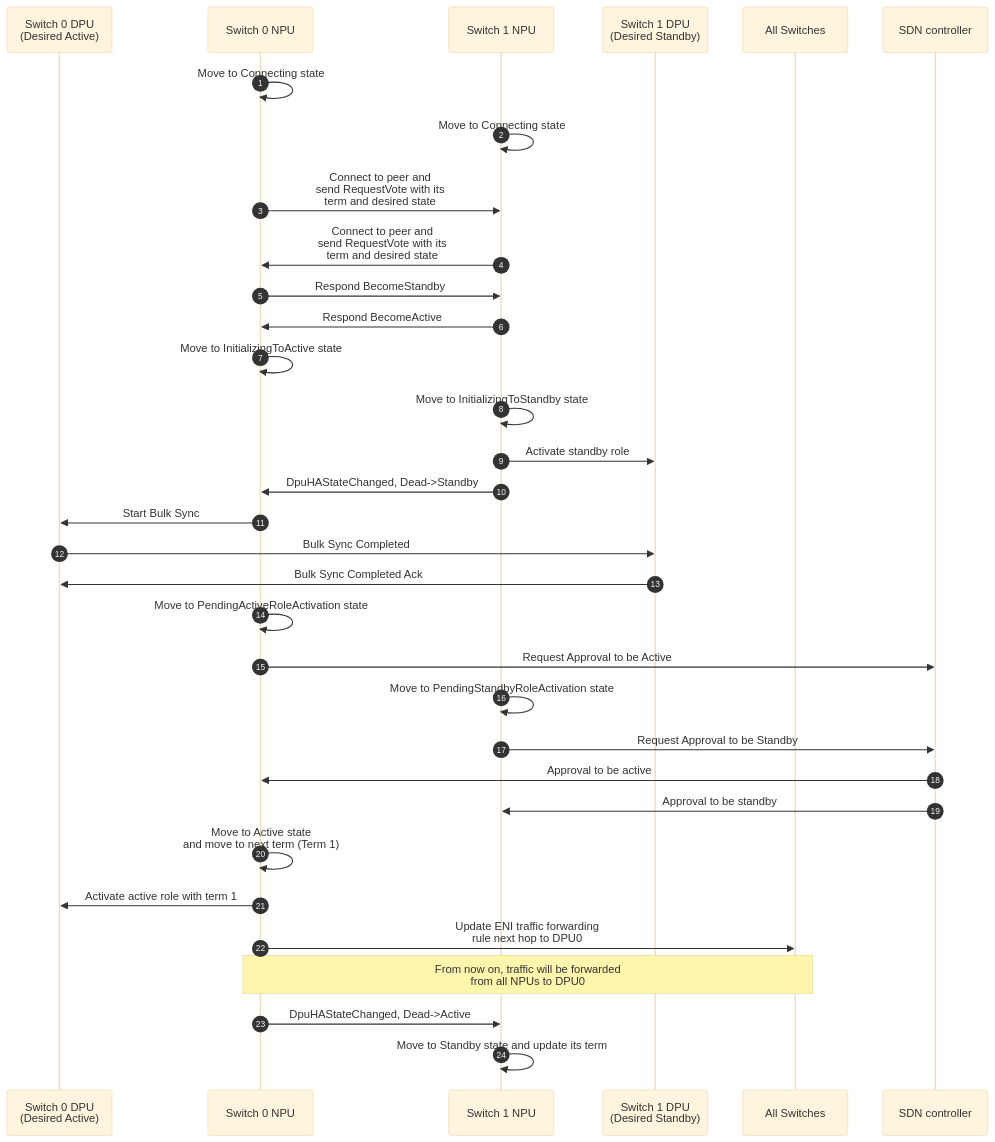
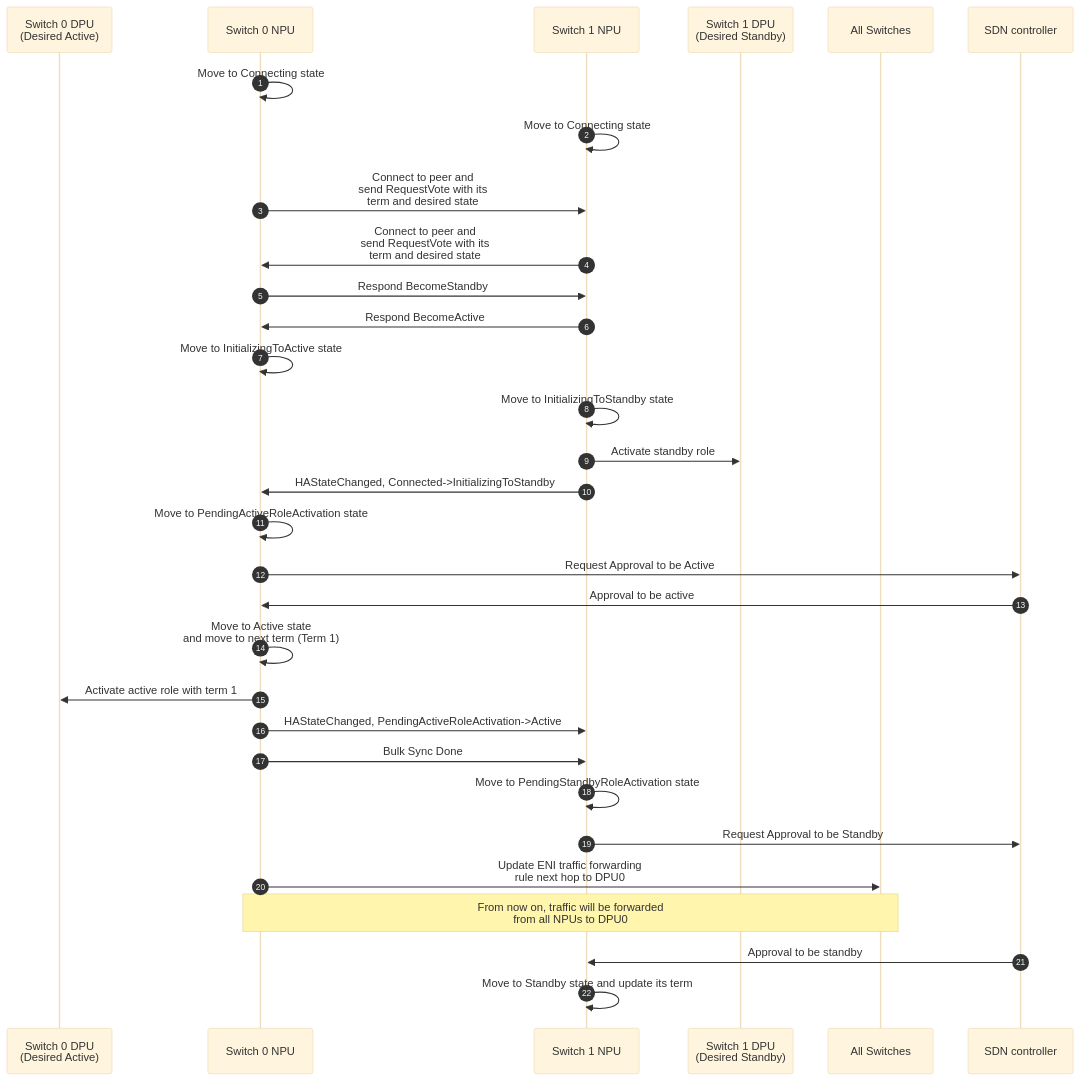
The first of 6 diagrams in doc/smart-switch/high-availability/smart-switch-ha-hld.md (sonic-net/SONiC), drawn with Mermaid (base theme) before and after one commit. The commit also changed other lines of this file, not shown here.

````diff
--- a/doc/smart-switch/high-availability/smart-switch-ha-hld.md
+++ b/doc/smart-switch/high-availability/smart-switch-ha-hld.md
@@ -987,40 +985,41 @@
 ```mermaid
 sequenceDiagram
     autonumber
 
     participant S0D as Switch 0 DPU<br>(Desired Active)
     participant S0N as Switch 0 NPU
     participant S1N as Switch 1 NPU
     participant S1D as Switch 1 DPU<br>(Desired Standby)
     participant SA as All Switches
     participant SDN as SDN controller
 
     S0N->>S0N: Move to Connecting state
     S1N->>S1N: Move to Connecting state
 
     S0N->>S1N: Connect to peer and<br>send RequestVote with its<br>term and desired state
     S1N->>S0N: Connect to peer and<br>send RequestVote with its<br>term and desired state
     S0N->>S1N: Respond BecomeStandby
     S1N->>S0N: Respond BecomeActive
 
     S0N->>S0N: Move to InitializingToActive state
     S1N->>S1N: Move to InitializingToStandby state
+    
     S1N->>S1D: Activate standby role
-    S1N->>S0N: DpuHAStateChanged, Dead->Standby
-    S0N->>S0D: Start Bulk Sync
-    S0D->>S1D: Bulk Sync Completed
-    S1D->>S0D: Bulk Sync Completed Ack
+    S1N->>S0N: HAStateChanged, Connected->InitializingToStandby
+
     S0N->>S0N: Move to PendingActiveRoleActivation state
     S0N->>SDN: Request Approval to be Active
+    SDN->>S0N: Approval to be active
+    S0N->>S0N: Move to Active state<br>and move to next term (Term 1)
+    S0N->>S0D: Activate active role with term 1
+    S0N->>S1N: HAStateChanged, PendingActiveRoleActivation->Active
+    S0N->>S1N: Bulk Sync Done
     S1N->>S1N: Move to PendingStandbyRoleActivation state
     S1N->>SDN: Request Approval to be Standby
 
-    SDN->>S0N: Approval to be active
-    SDN->>S1N: Approval to be standby
-    S0N->>S0N: Move to Active state<br>and move to next term (Term 1)
-    S0N->>S0D: Activate active role with term 1
     S0N->>SA: Update ENI traffic forwarding<br>rule next hop to DPU0
     Note over S0N,SA: From now on, traffic will be forwarded<br>from all NPUs to DPU0
-    S0N->>S1N: DpuHAStateChanged, Dead->Active
+    
+    SDN->>S1N: Approval to be standby
     S1N->>S1N: Move to Standby state and update its term
 ```
````
